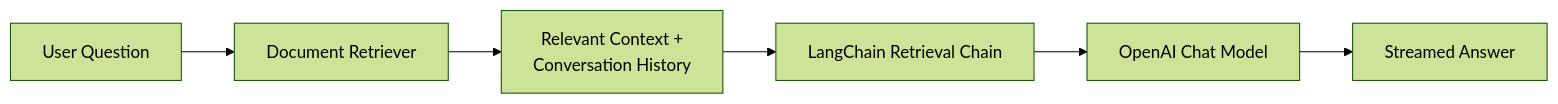
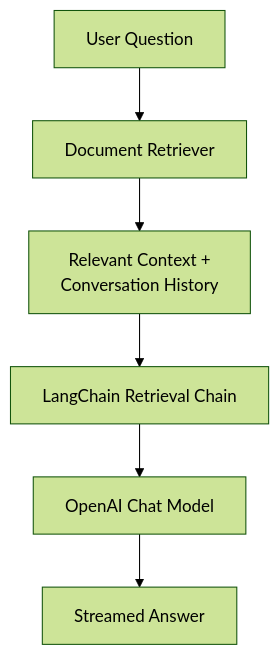
The fifth of 7 diagrams in README.md (Kbansheen/minor-project), drawn with Mermaid (forest theme) before and after one commit. The commit also changed other lines of this file, not shown here.

First line of the commit message:
Revise README with updated diagrams and capabilities

````diff
--- a/README.md
+++ b/README.md
@@ -196,8 +241,8 @@
 ```mermaid
-graph LR
+graph TD
     A[User Question] --> B[Document Retriever]
     B --> C[Relevant Context +<br/>Conversation History]
     C --> D[LangChain Retrieval Chain]
     D --> E[OpenAI Chat Model]
     E --> F[Streamed Answer]
 ```
````
